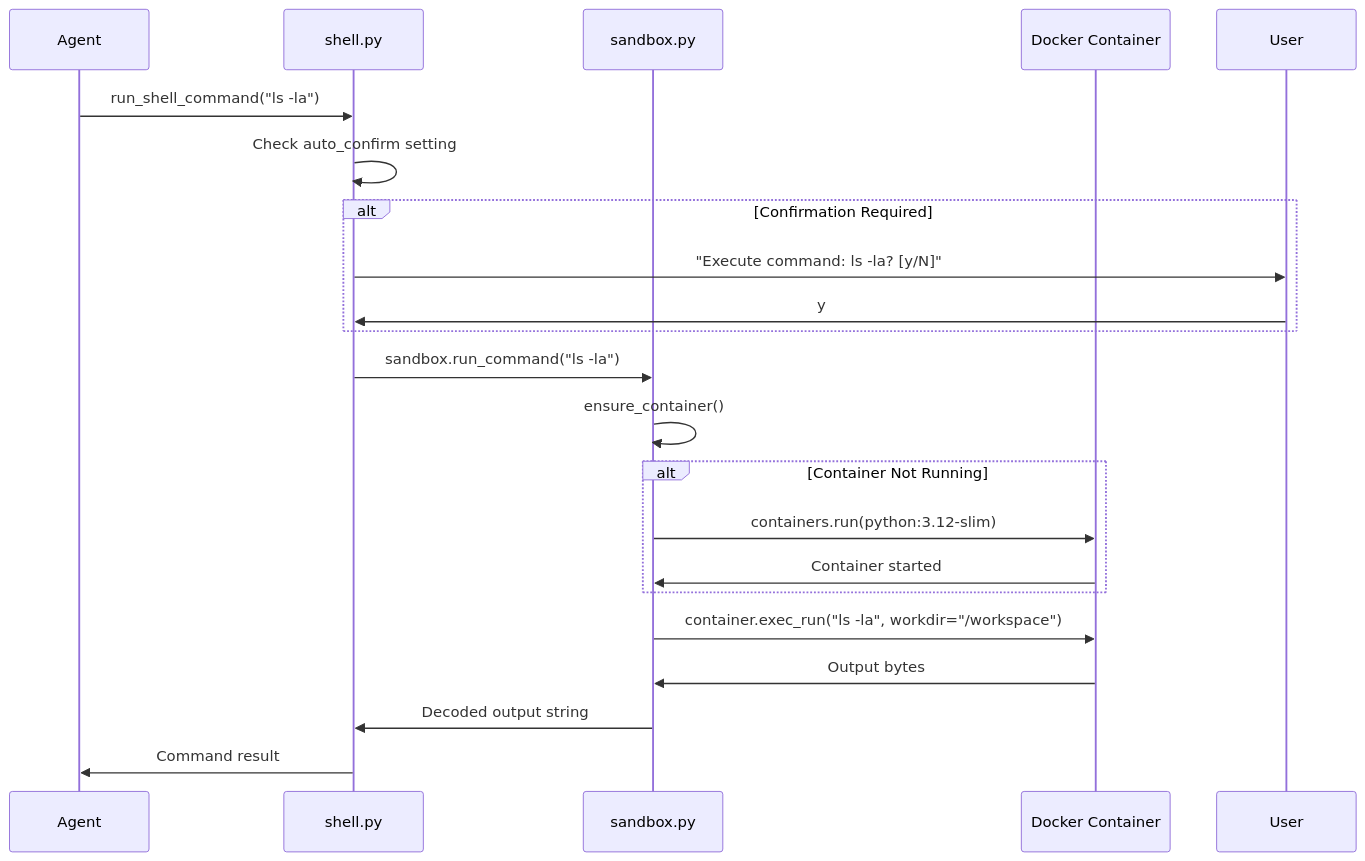
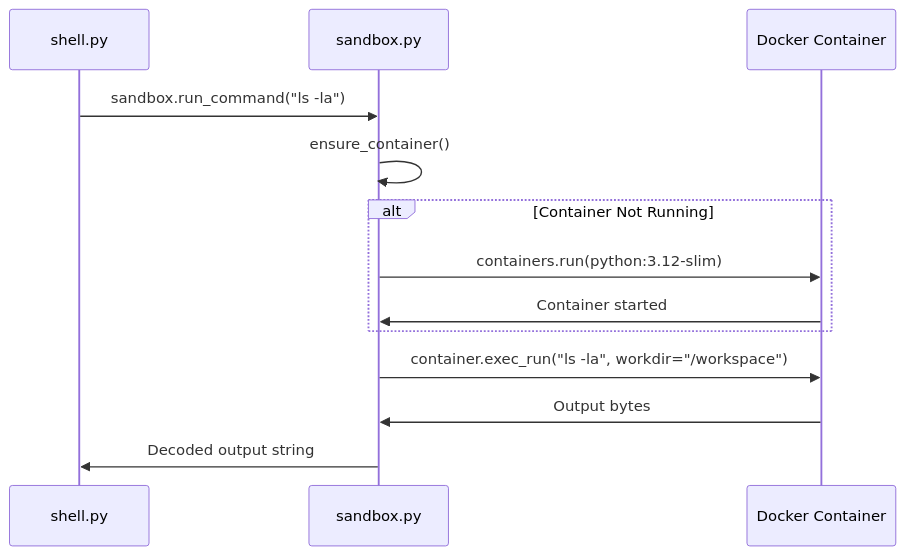
Before and after one commit to binlecode/co-cli: the fourth of 15 diagrams in docs/DESIGN-co-cli.md, drawn with Mermaid. The commit also changed other lines of this file and 1 other file, not shown here.

First line of the commit message:
Update design docs: chained approvals, args variance, shell tool flow

````diff
--- a/docs/DESIGN-co-cli.md
+++ b/docs/DESIGN-co-cli.md
@@ -137,28 +181,18 @@
 ```mermaid
 sequenceDiagram
-    participant Agent
-    participant ShellTool as shell.py
+    participant Tool as shell.py
     participant Sandbox as sandbox.py
     participant Docker as Docker Container
 
-    Agent->>ShellTool: run_shell_command("ls -la")
-    ShellTool->>ShellTool: Check auto_confirm setting
-
-    alt Confirmation Required
-        ShellTool->>User: "Execute command: ls -la? [y/N]"
-        User->>ShellTool: y
-    end
-
-    ShellTool->>Sandbox: sandbox.run_command("ls -la")
+    Tool->>Sandbox: sandbox.run_command("ls -la")
     Sandbox->>Sandbox: ensure_container()
 
     alt Container Not Running
         Sandbox->>Docker: containers.run(python:3.12-slim)
         Docker->>Sandbox: Container started
     end
 
     Sandbox->>Docker: container.exec_run("ls -la", workdir="/workspace")
     Docker->>Sandbox: Output bytes
-    Sandbox->>ShellTool: Decoded output string
-    ShellTool->>Agent: Command result
+    Sandbox->>Tool: Decoded output string
 ```
````
